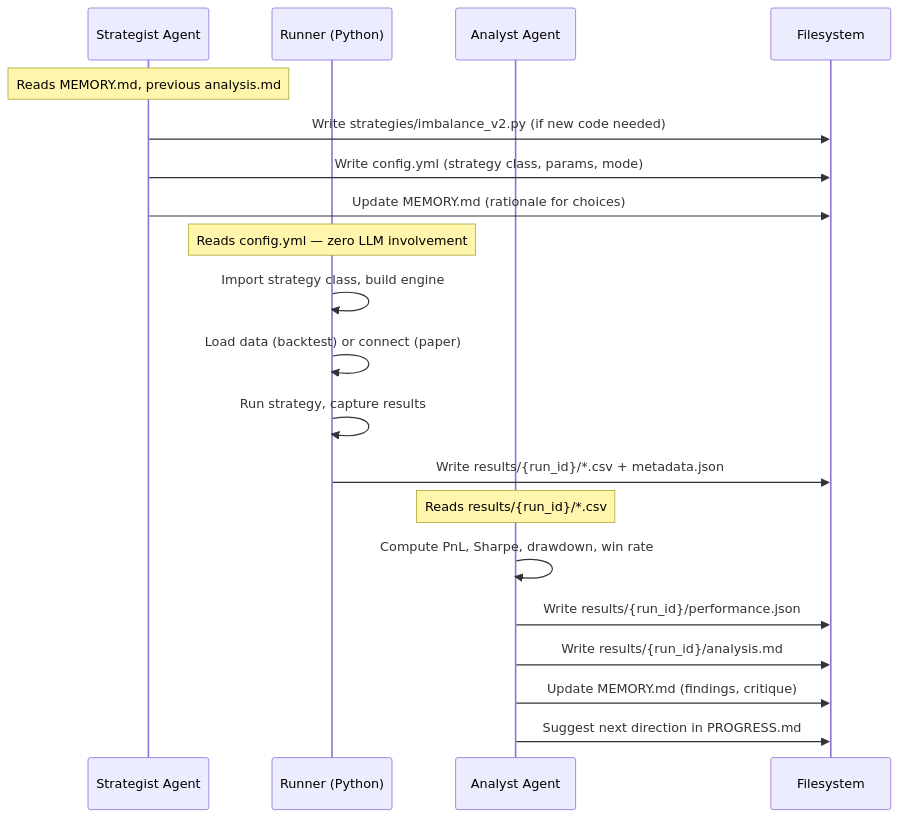
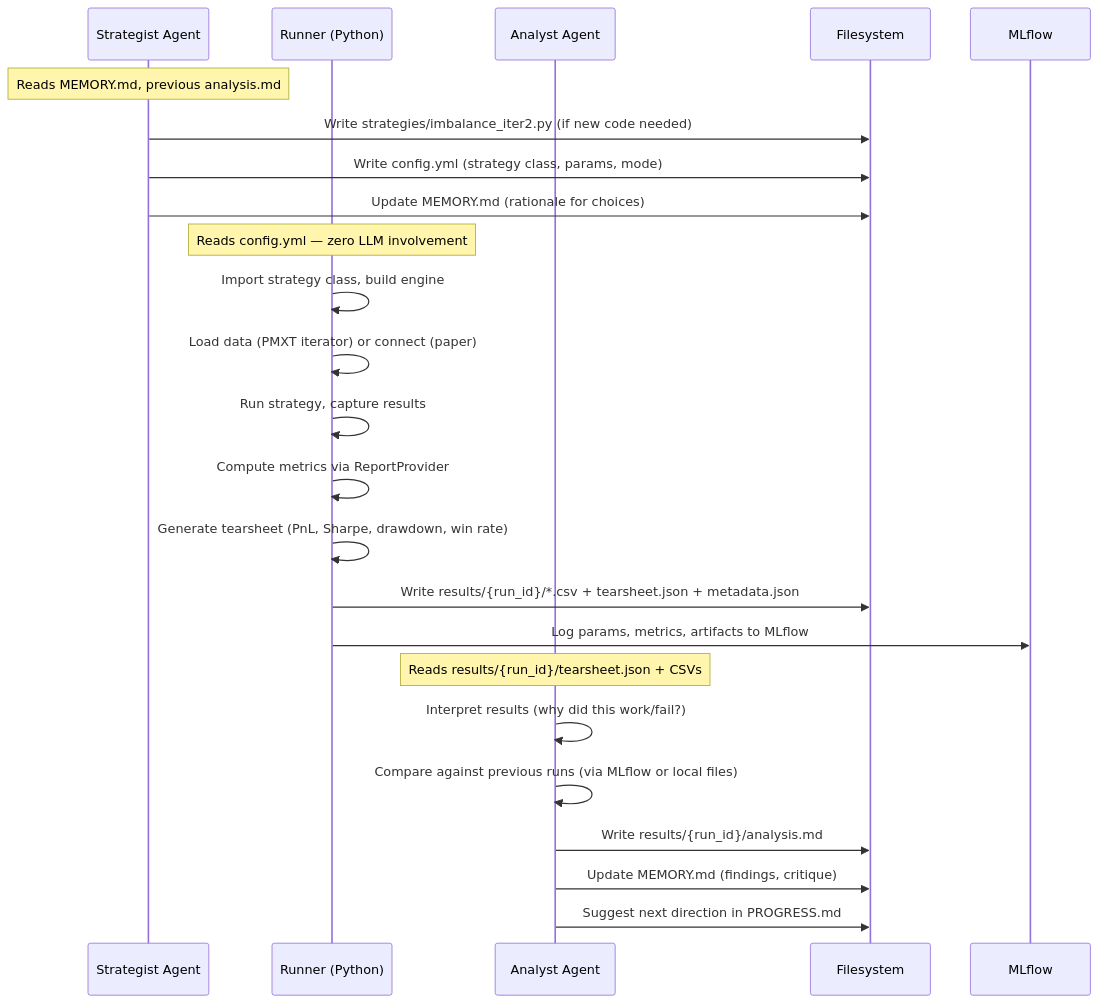
The eighth of 8 diagrams in agents/PLAN.md (JSai23/nautilus_trader), drawn with Mermaid before and after one commit. The commit also changed other lines of this file and 7 other files, not shown here.

````diff
--- a/agents/PLAN.md
+++ b/agents/PLAN.md
@@ -1805,25 +1800,29 @@
 ```mermaid
 sequenceDiagram
     participant S as Strategist Agent
     participant RUN as Runner (Python)
     participant A as Analyst Agent
     participant FS as Filesystem
+    participant ML as MLflow
 
     Note over S: Reads MEMORY.md, previous analysis.md
-    S->>FS: Write strategies/imbalance_v2.py (if new code needed)
+    S->>FS: Write strategies/imbalance_iter2.py (if new code needed)
     S->>FS: Write config.yml (strategy class, params, mode)
     S->>FS: Update MEMORY.md (rationale for choices)
 
     Note over RUN: Reads config.yml — zero LLM involvement
     RUN->>RUN: Import strategy class, build engine
-    RUN->>RUN: Load data (backtest) or connect (paper)
+    RUN->>RUN: Load data (PMXT iterator) or connect (paper)
     RUN->>RUN: Run strategy, capture results
-    RUN->>FS: Write results/{run_id}/*.csv + metadata.json
+    RUN->>RUN: Compute metrics via ReportProvider
+    RUN->>RUN: Generate tearsheet (PnL, Sharpe, drawdown, win rate)
+    RUN->>FS: Write results/{run_id}/*.csv + tearsheet.json + metadata.json
+    RUN->>ML: Log params, metrics, artifacts to MLflow
 
-    Note over A: Reads results/{run_id}/*.csv
-    A->>A: Compute PnL, Sharpe, drawdown, win rate
-    A->>FS: Write results/{run_id}/performance.json
+    Note over A: Reads results/{run_id}/tearsheet.json + CSVs
+    A->>A: Interpret results (why did this work/fail?)
+    A->>A: Compare against previous runs (via MLflow or local files)
     A->>FS: Write results/{run_id}/analysis.md
     A->>FS: Update MEMORY.md (findings, critique)
     A->>FS: Suggest next direction in PROGRESS.md
 ```
````
